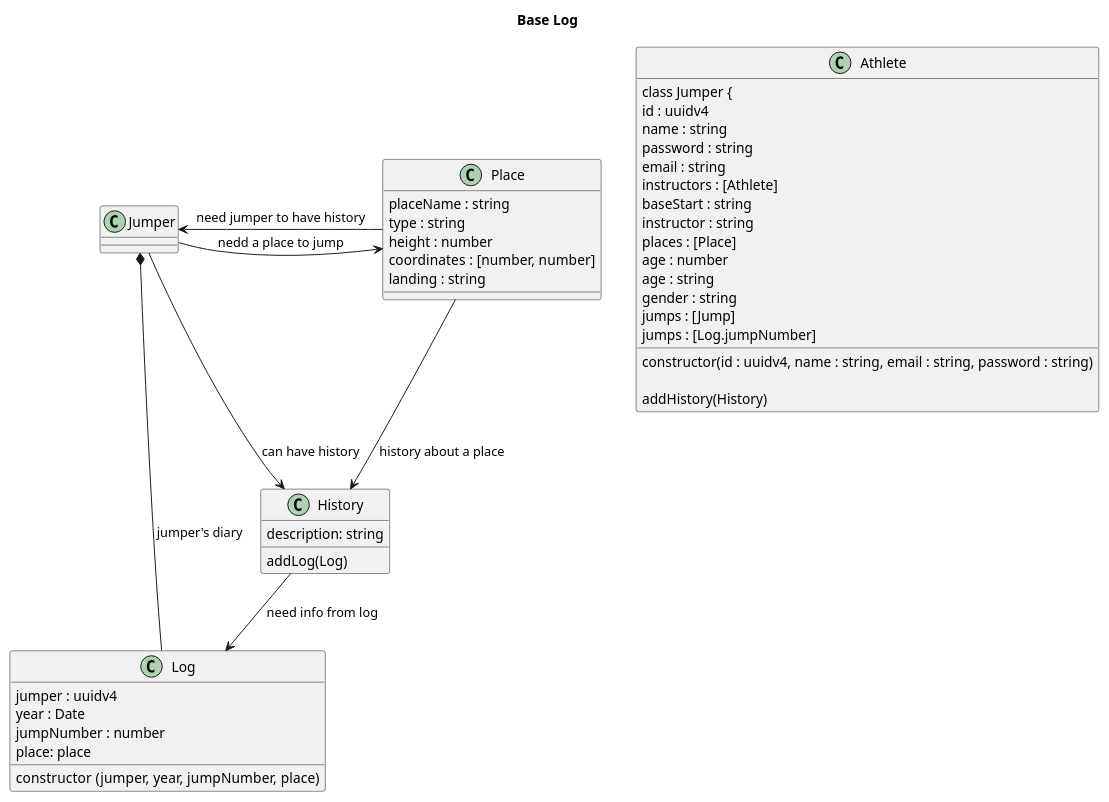
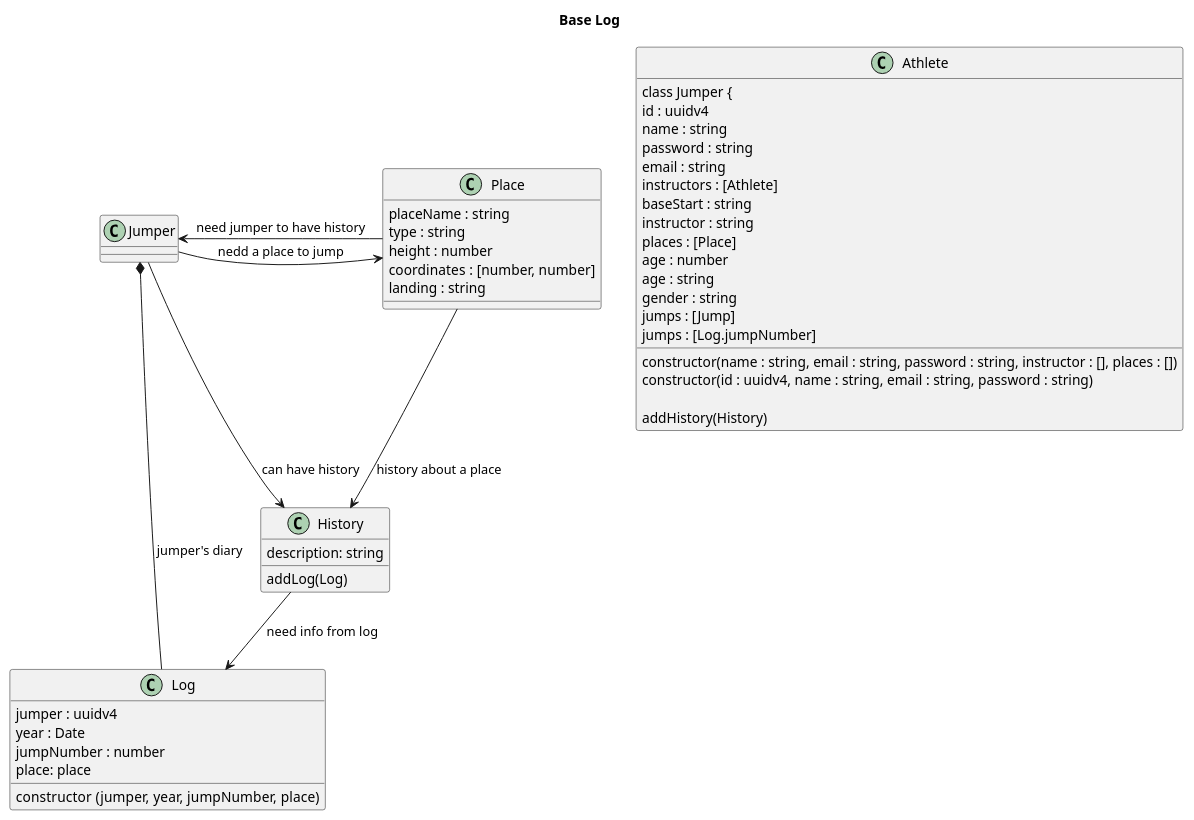
The diagram in architecture/class.puml (discombobulateme/webdoc), drawn with PlantUML before and after one commit.

Commit message:
Change constructor to identify required items

```diff
--- a/architecture/class.puml
+++ b/architecture/class.puml
@@ -1,66 +1,67 @@
 @startuml Base Log
 Title Base Log
 
 class Athlete {
 class Jumper {
 id : uuidv4
 name : string
 password : string
 email : string
 instructors : [Athlete]
 baseStart : string
 instructor : string
 places : [Place]
 age : number
 age : string
 gender : string
 jumps : [Jump]
 jumps : [Log.jumpNumber]
 
+constructor(name : string, email : string, password : string, instructor : [], places : [])
 constructor(id : uuidv4, name : string, email : string, password : string)
 
 ' A jumper can have one or more histories
 addHistory(History)
 }
 
 ' Place is static, works on it's own
 class Place {
 placeName : string
 type : string
 height : number
 coordinates : [number, number]
 landing : string
 }
 
 ' History is what goes to the timeline
 class History {
 description: string
 ' Instead of repeating the Log infos
 addLog(Log)
 }
 
 class Log {
 jumper : uuidv4
 year : Date
 ' jumpNumber is a counter
 jumpNumber : number
 place: place
 
 constructor (jumper, year, jumpNumber, place)
 }
 
 ' Head *- Hand : composition
 ' Parent o-- IndependentChild : agregation
 ' Need --> Use : association
 
 Jumper -> Place : nedd a place to jump
 Jumper *- Log : jumper's diary
 Jumper -> History : can have history
 
 History --> Log : need info from log
 
 Place -> Jumper : need jumper to have history
 Place --> History : history about a place
 
 
 @enduml
```
